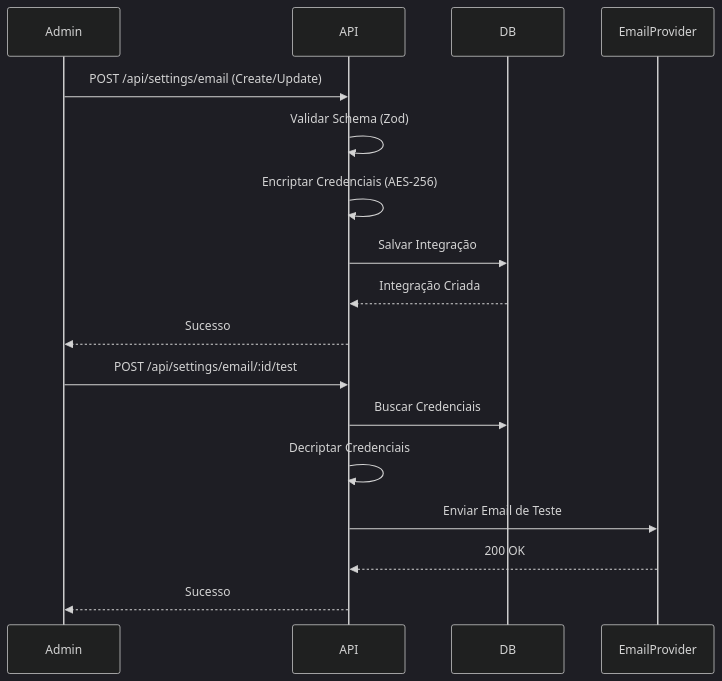
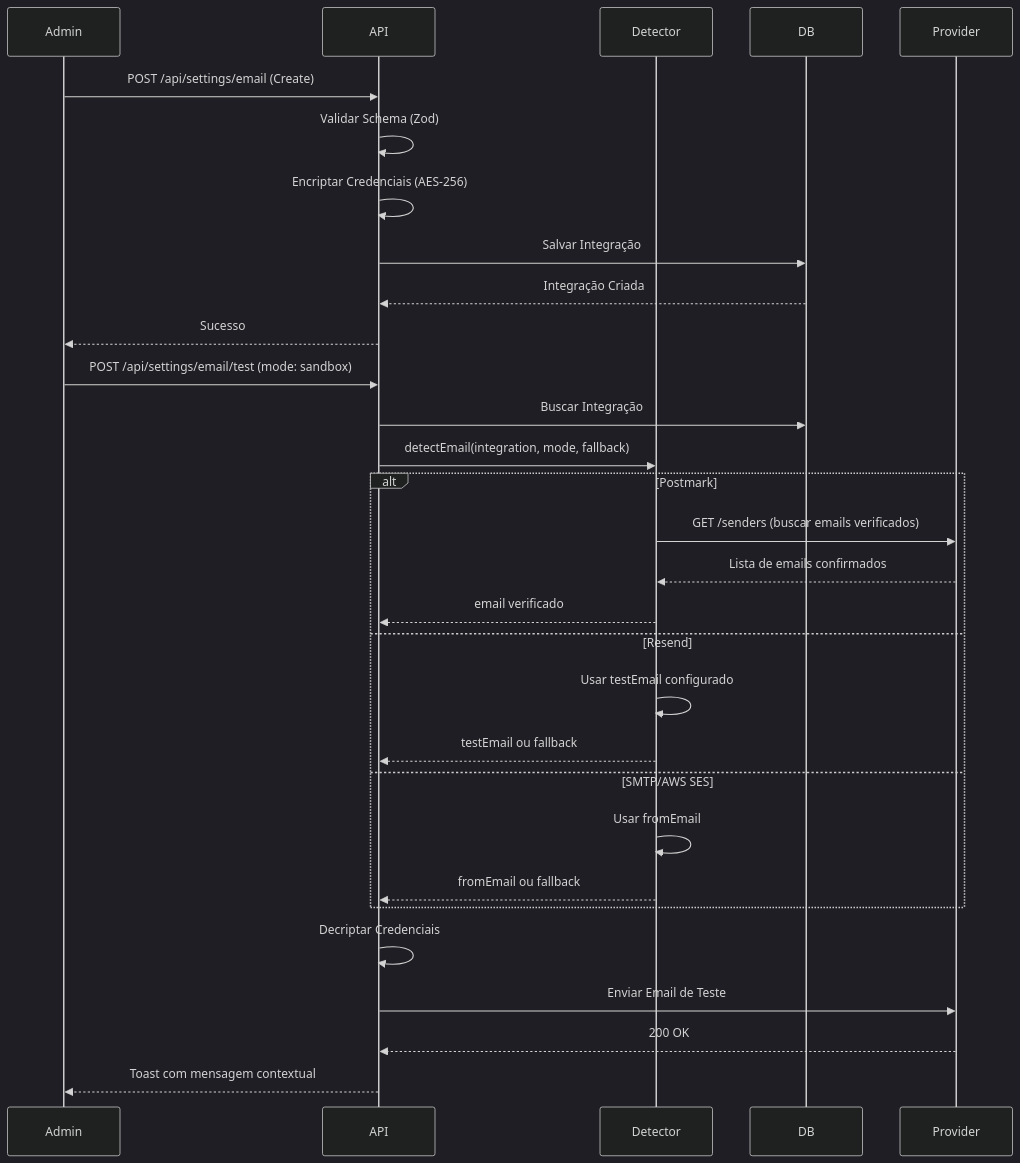
One commit to bychrisr/kaven-boilerplate changed the diagram in apps/docs/content/platform/email-integrations.mdx. Above: the diagram before and after it, drawn with Mermaid (dark theme). The commit also changed other lines of this file, not shown here.

Commit message:
docs(email): update email-integrations with testing modes and provider setup

````diff
--- a/apps/docs/content/platform/email-integrations.mdx
+++ b/apps/docs/content/platform/email-integrations.mdx
@@ -37,21 +45,36 @@
 ```mermaid
 sequenceDiagram
     participant Admin
     participant API
+    participant Detector
     participant DB
-    participant EmailProvider
+    participant Provider
 
-    Admin->>API: POST /api/settings/email (Create/Update)
+    Admin->>API: POST /api/settings/email (Create)
     API->>API: Validar Schema (Zod)
     API->>API: Encriptar Credenciais (AES-256)
     API->>DB: Salvar Integração
     DB-->>API: Integração Criada
     API-->>Admin: Sucesso
 
-    Admin->>API: POST /api/settings/email/:id/test
-    API->>DB: Buscar Credenciais
+    Admin->>API: POST /api/settings/email/test (mode: sandbox)
+    API->>DB: Buscar Integração
+    API->>Detector: detectEmail(integration, mode, fallback)
+
+    alt Postmark
+        Detector->>Provider: GET /senders (buscar emails verificados)
+        Provider-->>Detector: Lista de emails confirmados
+        Detector-->>API: email verificado
+    else Resend
+        Detector->>Detector: Usar testEmail configurado
+        Detector-->>API: testEmail ou fallback
+    else SMTP/AWS SES
+        Detector->>Detector: Usar fromEmail
+        Detector-->>API: fromEmail ou fallback
+    end
+
     API->>API: Decriptar Credenciais
-    API->>EmailProvider: Enviar Email de Teste
-    EmailProvider-->>API: 200 OK
-    API-->>Admin: Sucesso
+    API->>Provider: Enviar Email de Teste
+    Provider-->>API: 200 OK
+    API-->>Admin: Toast com mensagem contextual
 ```
````
